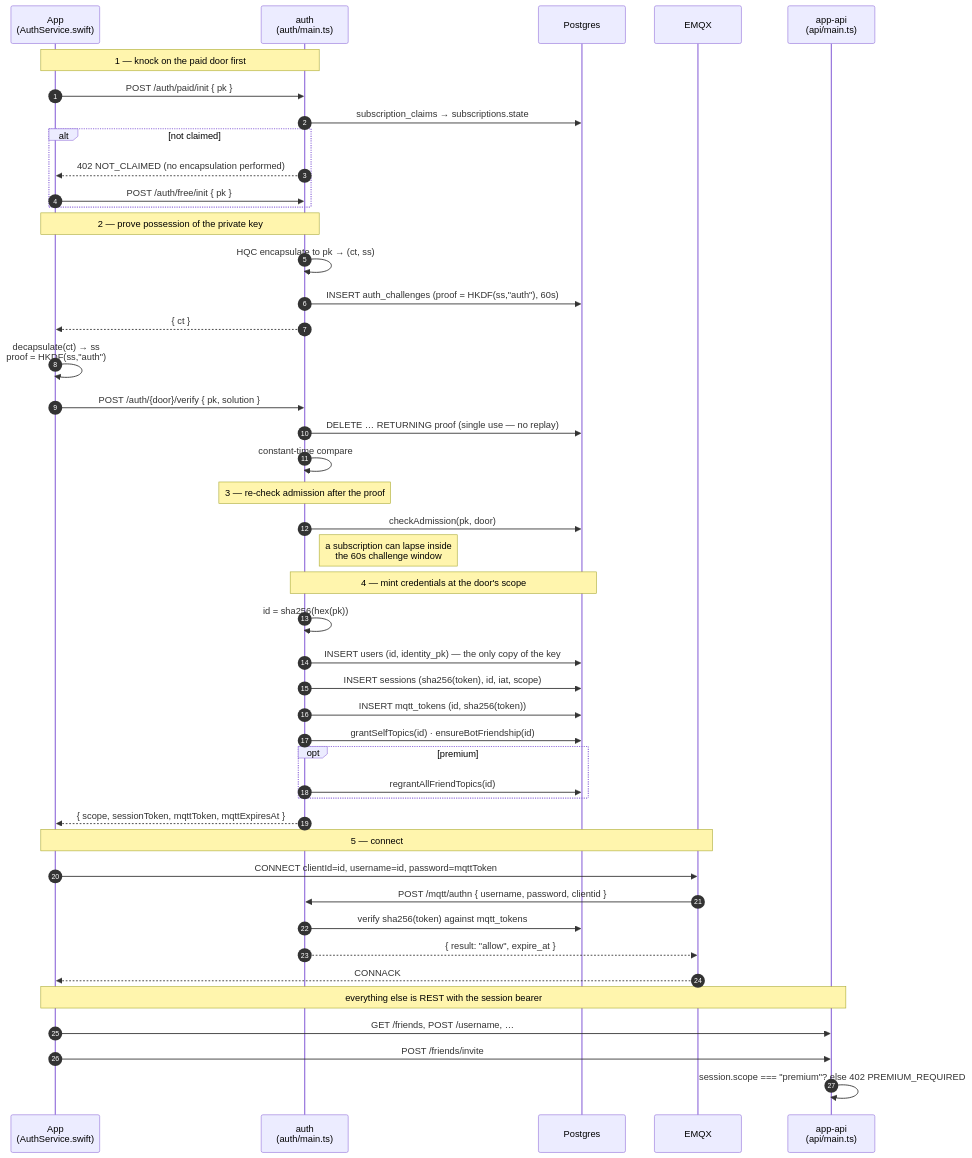
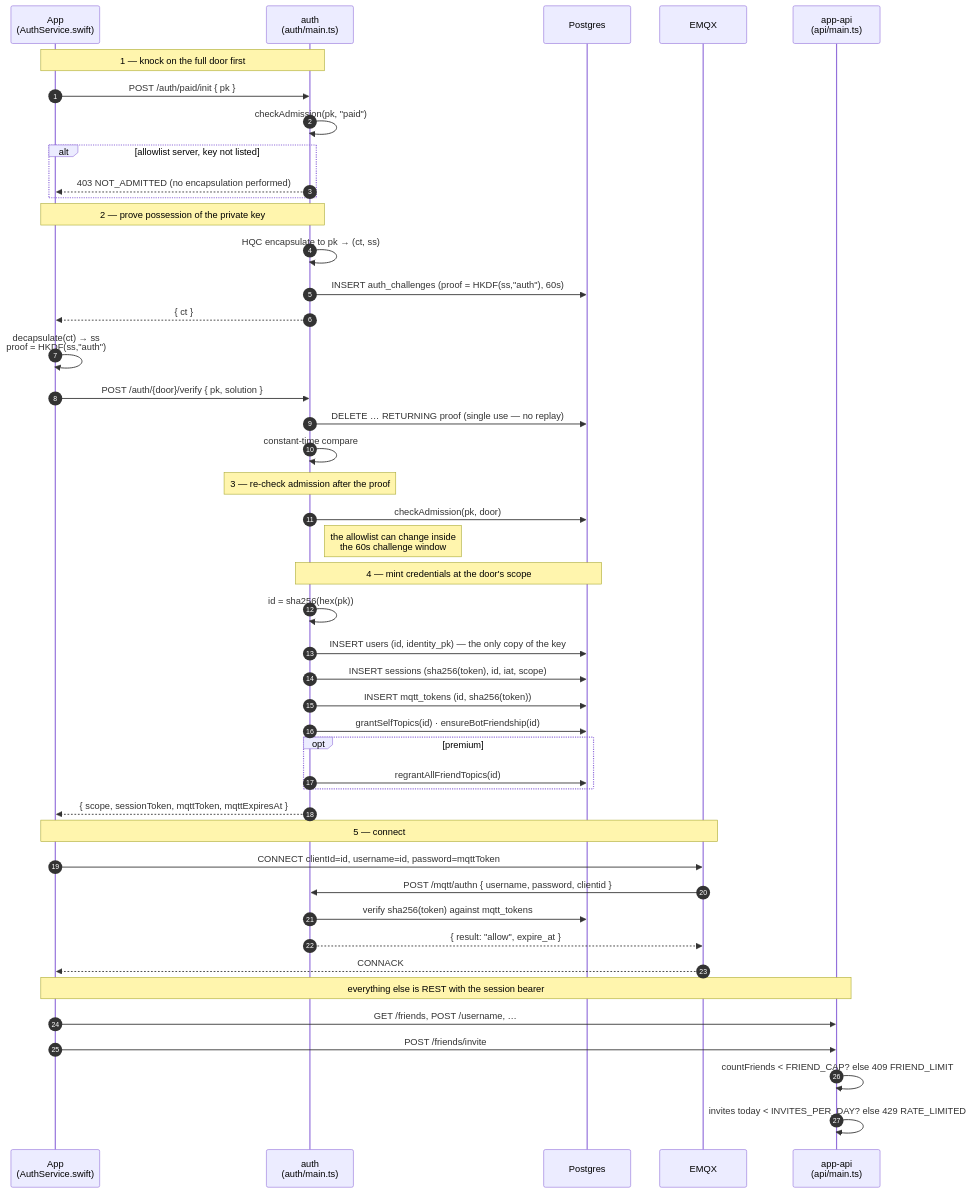
One commit to MartinRougeron2/HQChat-Server changed the diagram in docs/architecture/auth-flow.md. Above: the diagram before and after it, drawn with Mermaid. The commit also changed other lines of this file and 52 other files, not shown here.

````diff
--- a/docs/architecture/auth-flow.md
+++ b/docs/architecture/auth-flow.md
@@ -65,53 +71,53 @@
 ```mermaid
 sequenceDiagram
     autonumber
     participant App as App<br/>(AuthService.swift)
     participant Auth as auth<br/>(auth/main.ts)
     participant PG as Postgres
     participant EMQX
     participant API as app-api<br/>(api/main.ts)
 
-    Note over App,Auth: 1 — knock on the paid door first
+    Note over App,Auth: 1 — knock on the full door first
     App->>Auth: POST /auth/paid/init { pk }
-    Auth->>PG: subscription_claims → subscriptions.state
-    alt not claimed
-        Auth-->>App: 402 NOT_CLAIMED (no encapsulation performed)
-        App->>Auth: POST /auth/free/init { pk }
+    Auth->>Auth: checkAdmission(pk, "paid")
+    alt allowlist server, key not listed
+        Auth-->>App: 403 NOT_ADMITTED (no encapsulation performed)
     end
 
     Note over App,Auth: 2 — prove possession of the private key
     Auth->>Auth: HQC encapsulate to pk → (ct, ss)
     Auth->>PG: INSERT auth_challenges (proof = HKDF(ss,"auth"), 60s)
     Auth-->>App: { ct }
     App->>App: decapsulate(ct) → ss<br/>proof = HKDF(ss,"auth")
     App->>Auth: POST /auth/{door}/verify { pk, solution }
     Auth->>PG: DELETE … RETURNING proof  (single use — no replay)
     Auth->>Auth: constant-time compare
 
     Note over Auth: 3 — re-check admission after the proof
     Auth->>PG: checkAdmission(pk, door)
-    Note right of Auth: a subscription can lapse inside<br/>the 60s challenge window
+    Note right of Auth: the allowlist can change inside<br/>the 60s challenge window
 
     Note over Auth,PG: 4 — mint credentials at the door's scope
     Auth->>Auth: id = sha256(hex(pk))
     Auth->>PG: INSERT users (id, identity_pk) — the only copy of the key
     Auth->>PG: INSERT sessions (sha256(token), id, iat, scope)
     Auth->>PG: INSERT mqtt_tokens (id, sha256(token))
     Auth->>PG: grantSelfTopics(id) · ensureBotFriendship(id)
     opt premium
         Auth->>PG: regrantAllFriendTopics(id)
     end
     Auth-->>App: { scope, sessionToken, mqttToken, mqttExpiresAt }
 
     Note over App,EMQX: 5 — connect
     App->>EMQX: CONNECT clientId=id, username=id, password=mqttToken
     EMQX->>Auth: POST /mqtt/authn { username, password, clientid }
     Auth->>PG: verify sha256(token) against mqtt_tokens
     Auth-->>EMQX: { result: "allow", expire_at }
     EMQX-->>App: CONNACK
 
     Note over App,API: everything else is REST with the session bearer
     App->>API: GET /friends, POST /username, …
     App->>API: POST /friends/invite
-    API->>API: session.scope === "premium"?  else 402 PREMIUM_REQUIRED
+    API->>API: countFriends < FRIEND_CAP?  else 409 FRIEND_LIMIT
+    API->>API: invites today < INVITES_PER_DAY?  else 429 RATE_LIMITED
 ```
````
